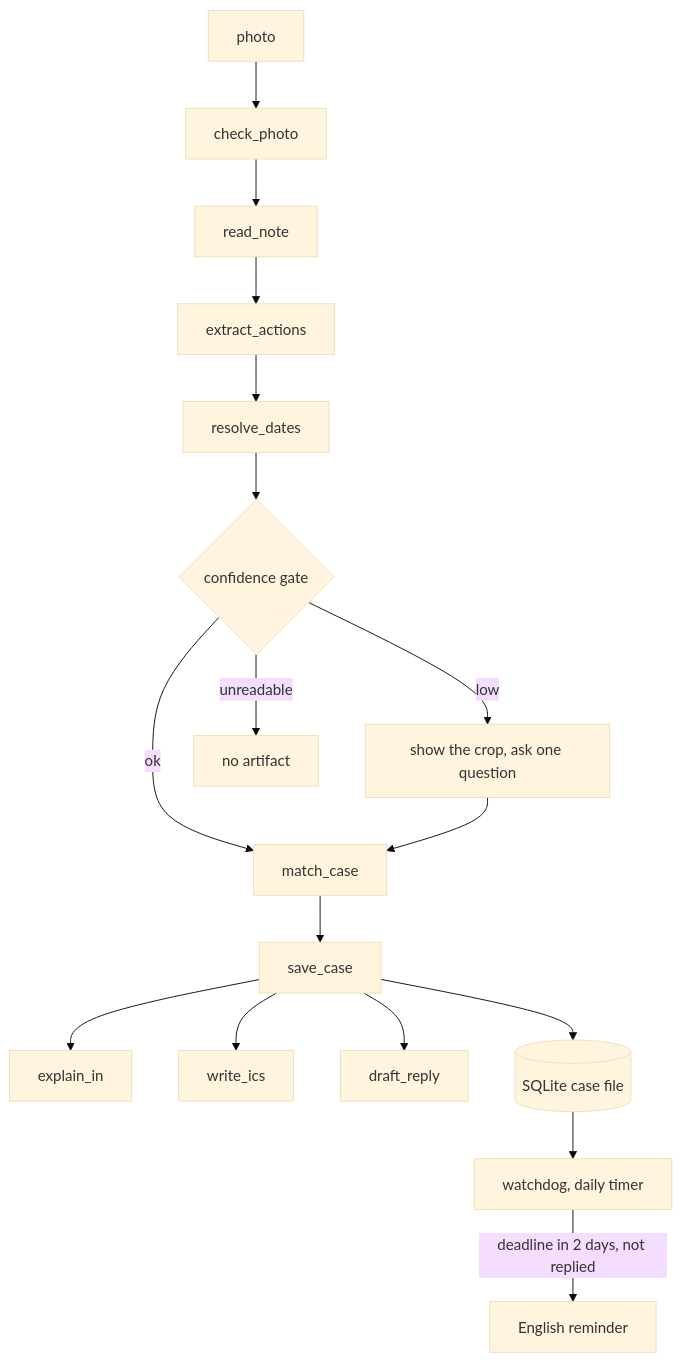
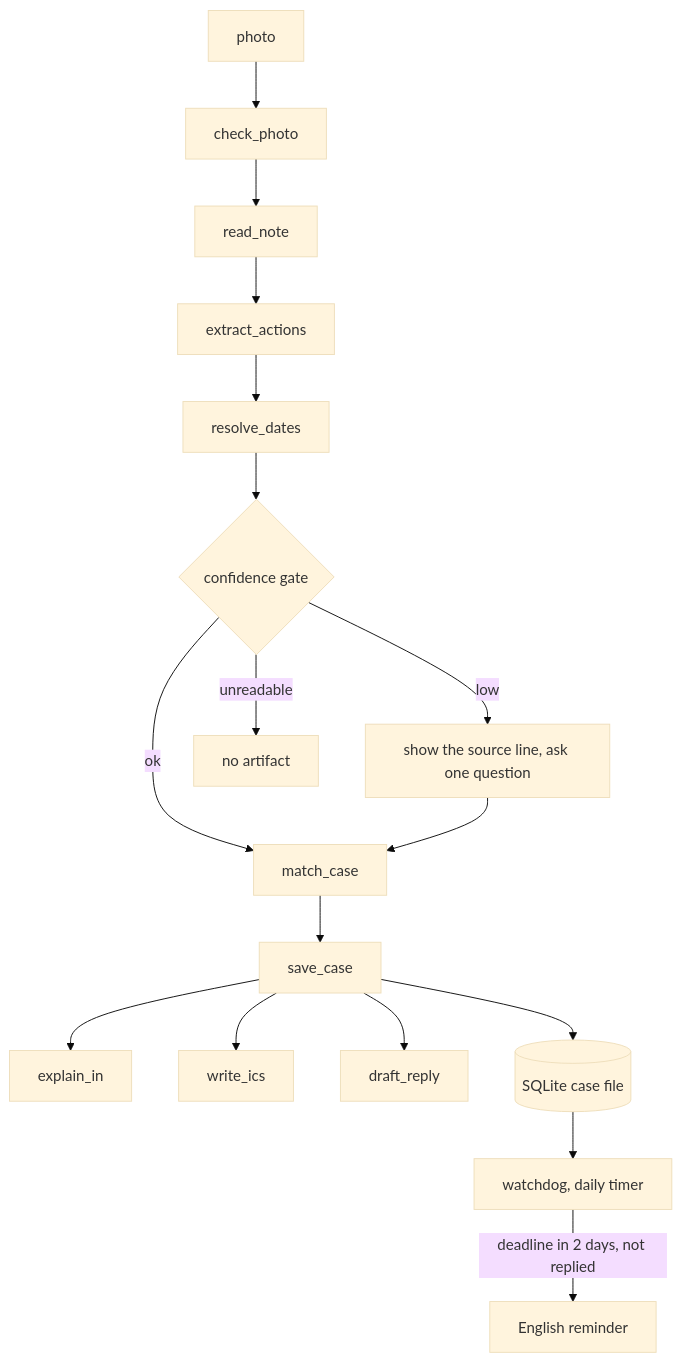
One commit to robbyczgw-cla/papelito changed the diagram in docs/blog/02-strands-wiring.md. Above: the diagram before and after it, drawn with Mermaid (base theme). The commit also changed other lines of this file and 56 other files, not shown here.

````diff
--- a/docs/blog/02-strands-wiring.md
+++ b/docs/blog/02-strands-wiring.md
@@ -25,13 +25,13 @@
 ```mermaid
 flowchart TD
     P[photo] --> T1[check_photo] --> T2[read_note] --> T3[extract_actions] --> T4[resolve_dates]
     T4 --> G{confidence gate}
     G -- ok --> T5[match_case]
-    G -- low --> Q[show the crop, ask one question] --> T5
+    G -- low --> Q[show the source line, ask one question] --> T5
     G -- unreadable --> X[no artifact]
     T5 --> T6[save_case] --> T7[explain_in]
     T6 --> T8[write_ics]
     T6 --> T9[draft_reply]
     T6 --> S[(SQLite case file)]
     S --> W[watchdog, daily timer] -->|deadline in 2 days, not replied| R[English reminder]
 ```
````
